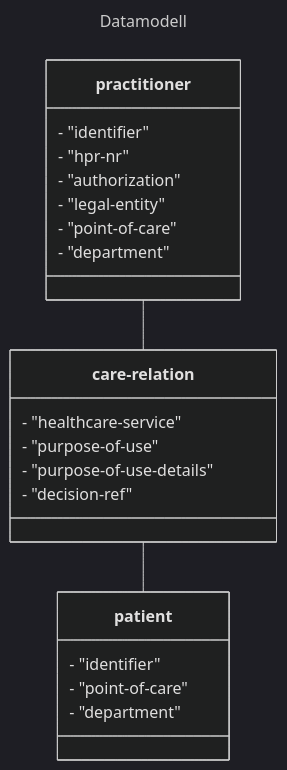
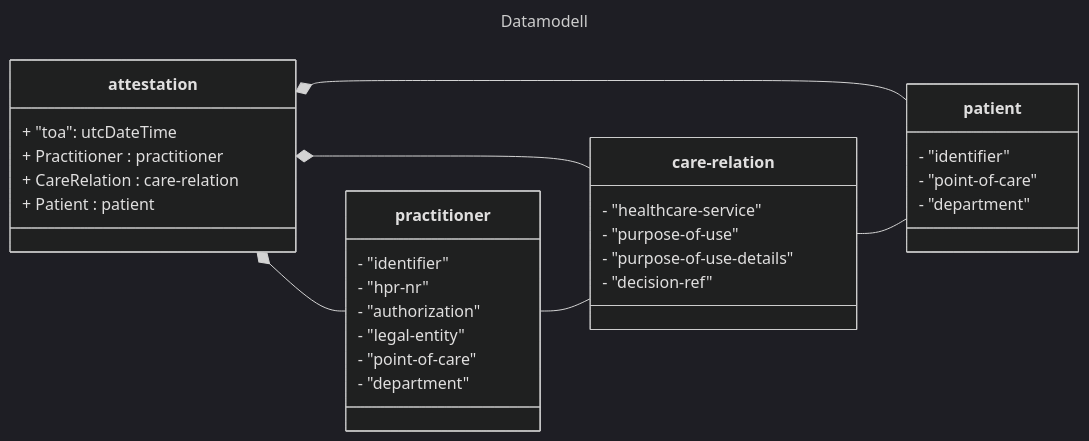
The second of 3 diagrams in specs/informasjons_og_datamodell.md (NorskHelsenett/Tillitsrammeverk), drawn with Mermaid (dark theme) before and after one commit. The commit also changed other lines of this file and 1 other file, not shown here.

````diff
--- a/specs/informasjons_og_datamodell.md
+++ b/specs/informasjons_og_datamodell.md
@@ -221,32 +223,50 @@
 ```mermaid
 ---
 title: Datamodell
 ---
 classDiagram
 
-	Practitioner -- CareRelation
-	CareRelation -- Patient
+	class Attestation["attestation"]{
+		+ "toa": utcDateTime
+		+ Practitioner : practitioner
+		+ CareRelation : care-relation
+		+ Patient : patient
+	}
 
 	class Practitioner["practitioner"] {
 		- "identifier"
 		- "hpr-nr"
 		- "authorization"
 		- "legal-entity"
 		- "point-of-care"
 		- "department"
 	}
 		
 	class CareRelation["care-relation"] {
 		- "healthcare-service"
 		- "purpose-of-use"
 		- "purpose-of-use-details"
 		- "decision-ref"
 	}
 	
 	class Patient["patient"]{
 		- "identifier"
 		- "point-of-care"
 		- "department"
 	}	
+
+
+direction TD
+	Attestation *-- Practitioner
+	Attestation *-- CareRelation
+	Attestation *-- Patient
+
+direction LR
+	Practitioner -- CareRelation
+	CareRelation -- Patient
+
+
+
+	
 		
 ```
````
